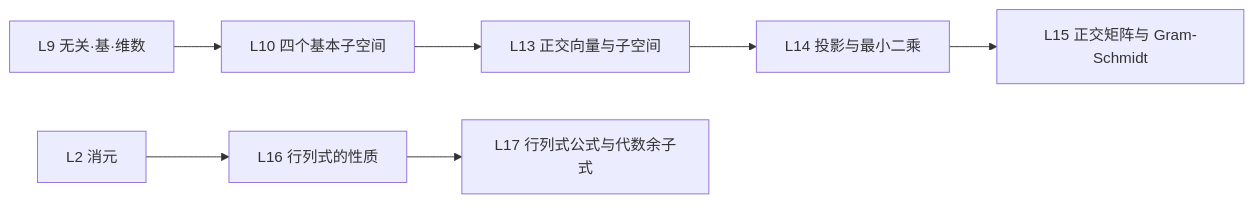
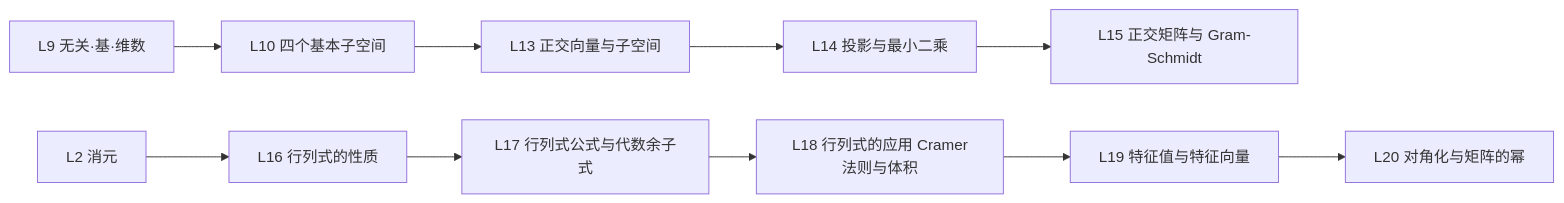
One commit to Korotomx/STD changed the diagram in Math/Linear Algebra/主页.md. Above: the diagram before and after it, drawn with Mermaid. The commit also changed other lines of this file and 9 other files, not shown here.

````diff
--- a/Math/Linear Algebra/主页.md
+++ b/Math/Linear Algebra/主页.md
@@ -42,9 +45,12 @@
 ```mermaid
 flowchart LR
     L9["L9 无关·基·维数"] --> L10["L10 四个基本子空间"]
     L10 --> L13["L13 正交向量与子空间"]
     L13 --> L14["L14 投影与最小二乘"]
     L14 --> L15["L15 正交矩阵与 Gram-Schmidt"]
     L2["L2 消元"] --> L16["L16 行列式的性质"]
     L16 --> L17["L17 行列式公式与代数余子式"]
+    L17 --> L18["L18 行列式的应用 Cramer法则与体积"]
+    L18 --> L19["L19 特征值与特征向量"]
+    L19 --> L20["L20 对角化与矩阵的幂"]
 ```
````
